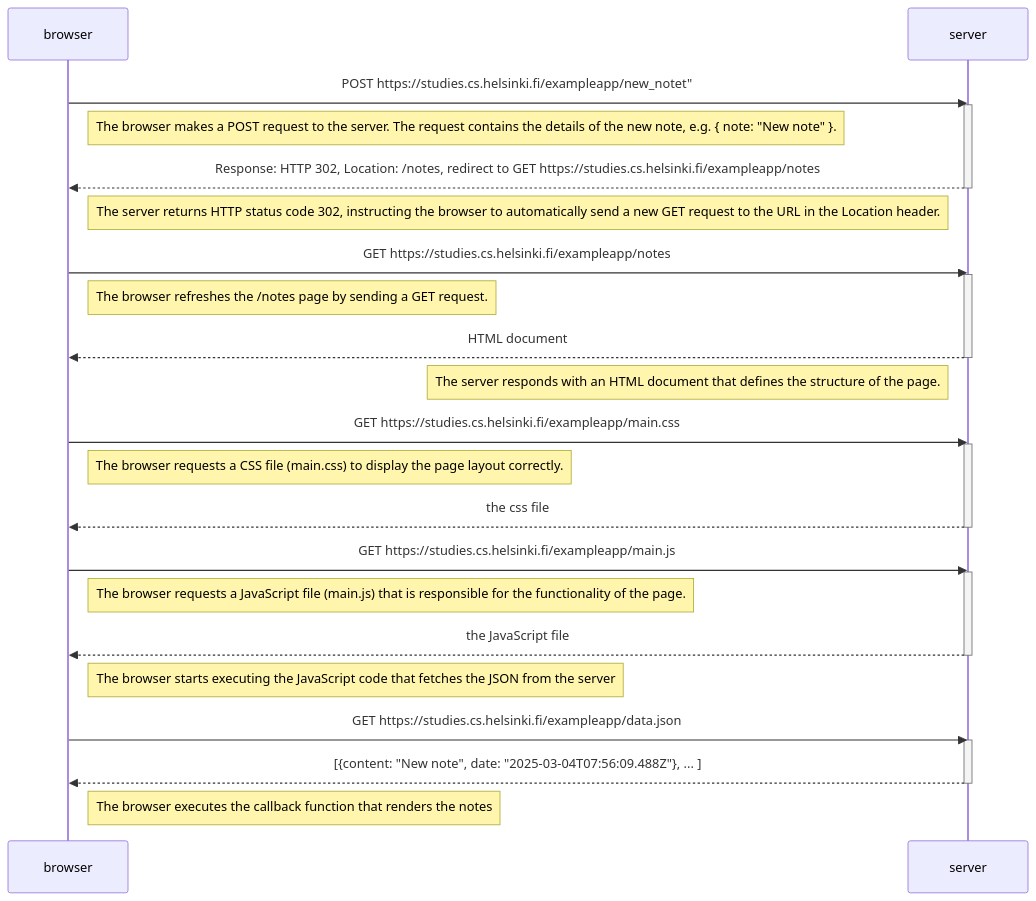
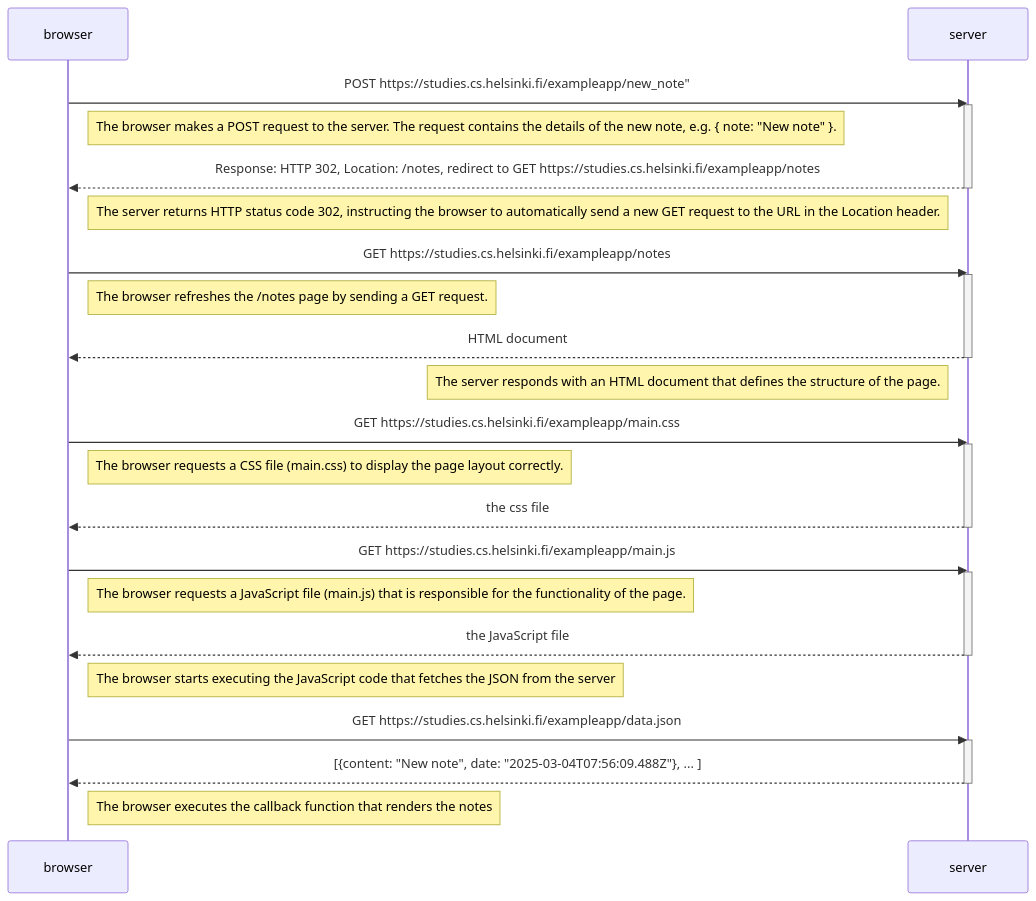
Before and after one commit to Maahantuoja/mooc_fullstackopen_palautusrepositorio: the diagram in osa0/README.md, drawn with Mermaid.

````diff
--- a/osa0/README.md
+++ b/osa0/README.md
@@ -5,50 +5,50 @@
 ```mermaid
 sequenceDiagram
     participant browser
     participant server
     
-    browser->>server: POST https://studies.cs.helsinki.fi/exampleapp/new_notet"
+    browser->>server: POST https://studies.cs.helsinki.fi/exampleapp/new_note"
     activate server
 
     Note right of browser: The browser makes a POST request to the server. The request contains the details of the new note, e.g. { note: "New note" }.
 
     server-->>browser: Response: HTTP 302, Location: /notes, redirect to GET https://studies.cs.helsinki.fi/exampleapp/notes
     deactivate server
 
     Note left of server: The server returns HTTP status code 302, instructing the browser to automatically send a new GET request to the URL in the Location header.
 
     browser->>server: GET https://studies.cs.helsinki.fi/exampleapp/notes
     activate server
 
     Note right of browser: The browser refreshes the /notes page by sending a GET request.
 
     server-->>browser: HTML document
     deactivate server
 
     Note left of server: The server responds with an HTML document that defines the structure of the page.
 
     browser->>server: GET https://studies.cs.helsinki.fi/exampleapp/main.css
     activate server
 
     Note right of browser: The browser requests a CSS file (main.css) to display the page layout correctly.
 
     server-->>browser: the css file
     deactivate server
     
     browser->>server: GET https://studies.cs.helsinki.fi/exampleapp/main.js
     activate server
 
     Note right of browser: The browser requests a JavaScript file (main.js) that is responsible for the functionality of the page.
 
     server-->>browser: the JavaScript file
     deactivate server
     
     Note right of browser: The browser starts executing the JavaScript code that fetches the JSON from the server
     
     browser->>server: GET https://studies.cs.helsinki.fi/exampleapp/data.json
     activate server
     server-->>browser: [{content: "New note", date: "2025-03-04T07:56:09.488Z"}, ... ]
     deactivate server    
 
     Note right of browser: The browser executes the callback function that renders the notes 
 ```
````
